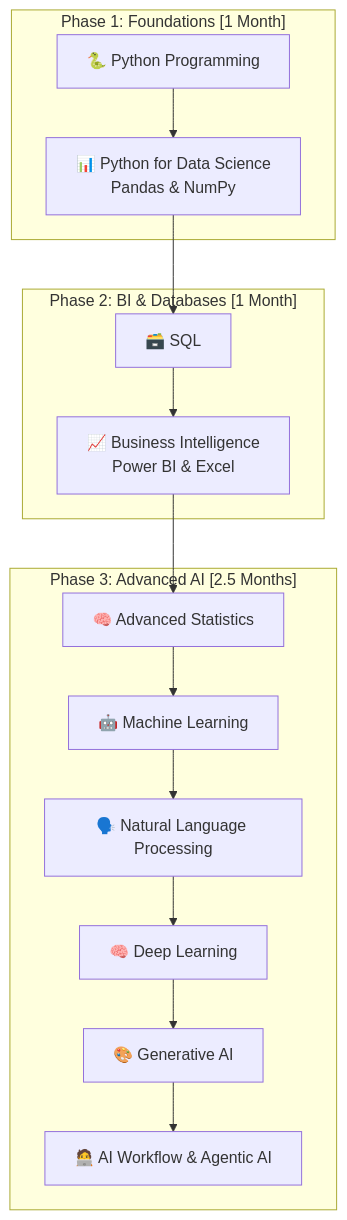
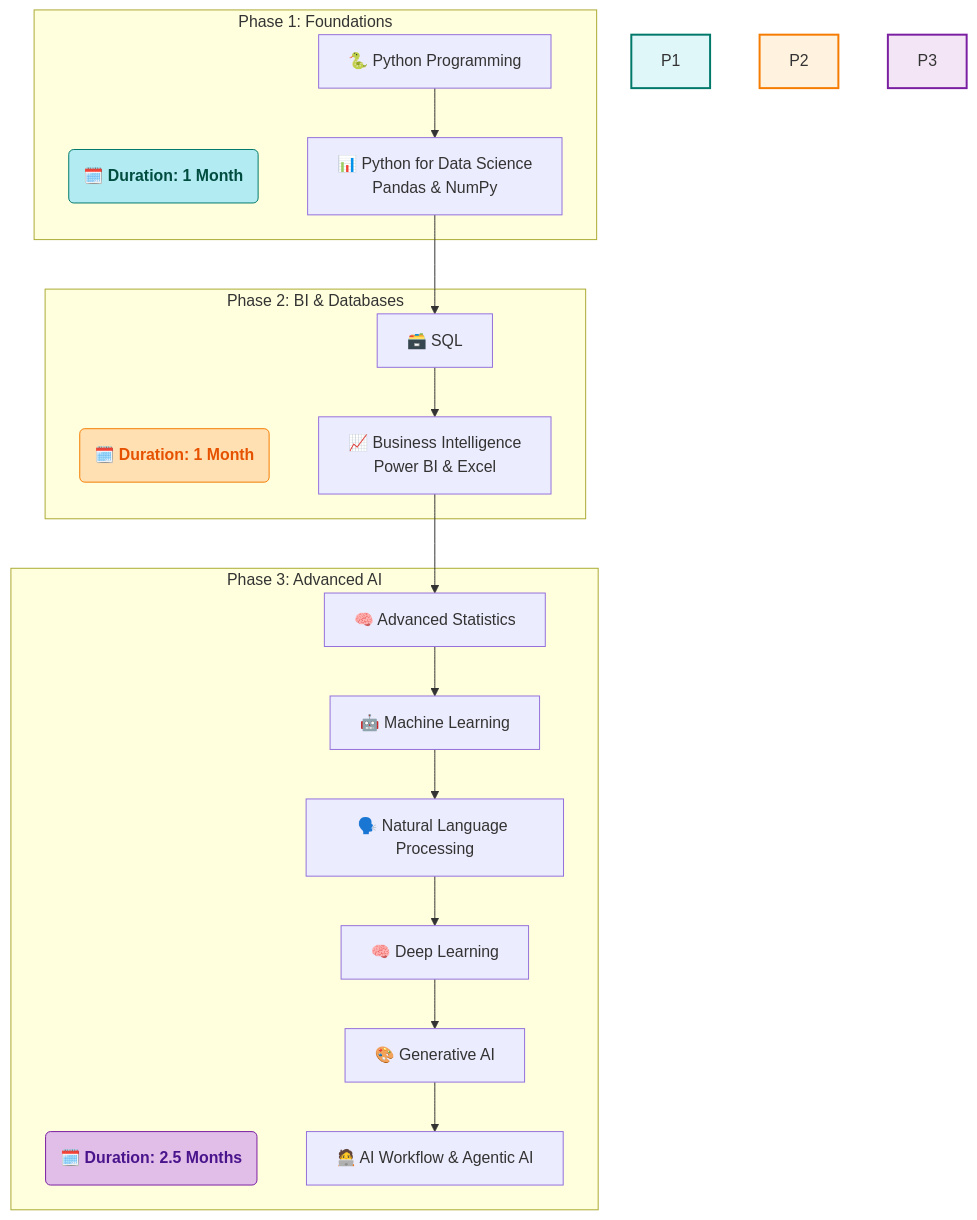
The diagram in README.md (riyann00b/SDHub-DS), drawn with Mermaid before and after one commit.

Commit message:
added updated readme

````diff
--- a/README.md
+++ b/README.md
@@ -41,21 +41,30 @@
 ```mermaid
 graph TD
-    subgraph "Phase 1: Foundations [1 Month]"
+    subgraph "Phase 1: Foundations"
+        style P1 fill:#e0f7fa,stroke:#00796b,stroke-width:2px
+        P1_duration("🗓️ <b>Duration: 1 Month</b>")
+        style P1_duration fill:#b2ebf2,stroke:#00796b,color:#004d40
         A[🐍 Python Programming] --> B[📊 Python for Data Science <br> Pandas & NumPy];
     end
-    
-    subgraph "Phase 2: BI & Databases [1 Month]"
+
+    subgraph "Phase 2: BI & Databases"
+        style P2 fill:#fff3e0,stroke:#f57c00,stroke-width:2px
+        P2_duration("🗓️ <b>Duration: 1 Month</b>")
+        style P2_duration fill:#ffe0b2,stroke:#f57c00,color:#e65100
         C[🗃️ SQL] --> D[📈 Business Intelligence <br> Power BI & Excel];
     end
-    
-    subgraph "Phase 3: Advanced AI [2.5 Months]"
+
+    subgraph "Phase 3: Advanced AI"
+        style P3 fill:#f3e5f5,stroke:#7b1fa2,stroke-width:2px
+        P3_duration("🗓️ <b>Duration: 2.5 Months</b>")
+        style P3_duration fill:#e1bee7,stroke:#7b1fa2,color:#4a148c
         E[🧠 Advanced Statistics] --> F[🤖 Machine Learning];
         F --> G[🗣️ Natural Language Processing];
         G --> H[🧠 Deep Learning];
         H --> I[🎨 Generative AI];
         I --> J[🧑‍💻 AI Workflow & Agentic AI];
     end
 
     B --> C;
     D --> E;
 ```
````
